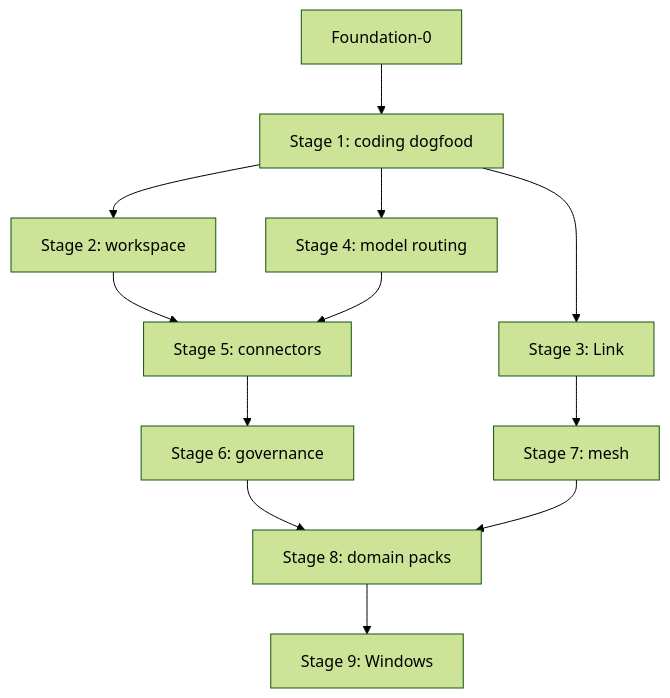
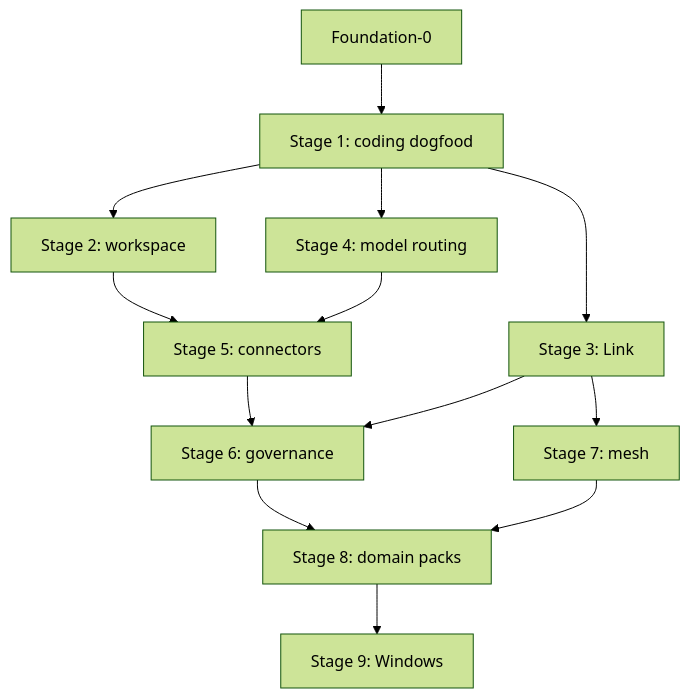
The diagram in doc/Rikuri_Pi_Foundation0_Rebaselined_Stage_Plan_v2.1.md (rikuripi/Rikuri-PI), drawn with Mermaid (forest theme) before and after one commit. The commit also changed other lines of this file and 7 other files, not shown here.

````diff
--- a/doc/Rikuri_Pi_Foundation0_Rebaselined_Stage_Plan_v2.1.md
+++ b/doc/Rikuri_Pi_Foundation0_Rebaselined_Stage_Plan_v2.1.md
@@ -430,14 +433,15 @@
 ```mermaid
 flowchart TD
   F0["Foundation-0"] --> S1["Stage 1: coding dogfood"]
   S1 --> S2["Stage 2: workspace"]
   S1 --> S3["Stage 3: Link"]
   S1 --> S4["Stage 4: model routing"]
   S2 --> S5["Stage 5: connectors"]
   S4 --> S5
   S5 --> S6["Stage 6: governance"]
+  S3 --> S6
   S3 --> S7["Stage 7: mesh"]
   S6 --> S8["Stage 8: domain packs"]
   S7 --> S8
   S8 --> S9["Stage 9: Windows"]
 ```
````
